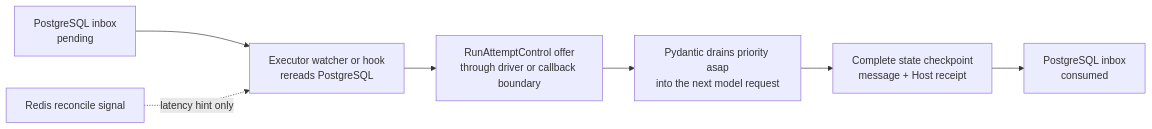
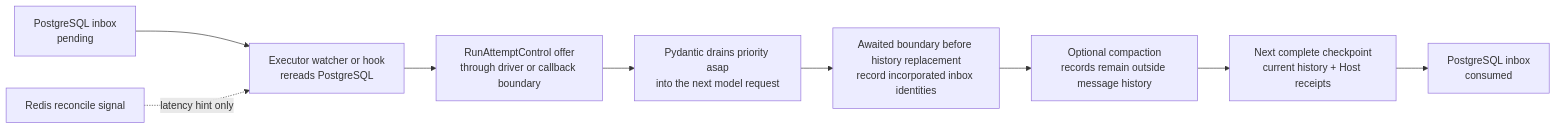
One commit to LTThreeComma/agent-foundation changed the diagram in spec/foundation-service/19-agent-control-active-execution.md. Above: the diagram before and after it, drawn with Mermaid. The commit also changed other lines of this file and 2 other files, not shown here.

First line of the commit message:
docs(foundation): preserve inbox evidence through compaction (#212)

````diff
--- a/spec/foundation-service/19-agent-control-active-execution.md
+++ b/spec/foundation-service/19-agent-control-active-execution.md
@@ -164,14 +164,16 @@
 ```mermaid
 flowchart LR
     Accepted[PostgreSQL inbox<br/>pending]
     Wake[Redis reconcile signal]
     Read[Executor watcher or hook<br/>rereads PostgreSQL]
     Offer[RunAttemptControl offer<br/>through driver or callback boundary]
     Incorporate[Pydantic drains priority asap<br/>into the next model request]
-    Checkpoint[Complete state checkpoint<br/>message + Host receipt]
+    Record[Awaited boundary before history replacement<br/>record incorporated inbox identities]
+    Compact[Optional compaction<br/>records remain outside message history]
+    Checkpoint[Next complete checkpoint<br/>current history + Host receipts]
     Consumed[PostgreSQL inbox<br/>consumed]
 
     Accepted --> Read
     Wake -. latency hint only .-> Read
-    Read --> Offer --> Incorporate --> Checkpoint --> Consumed
+    Read --> Offer --> Incorporate --> Record --> Compact --> Checkpoint --> Consumed
 ```
````
